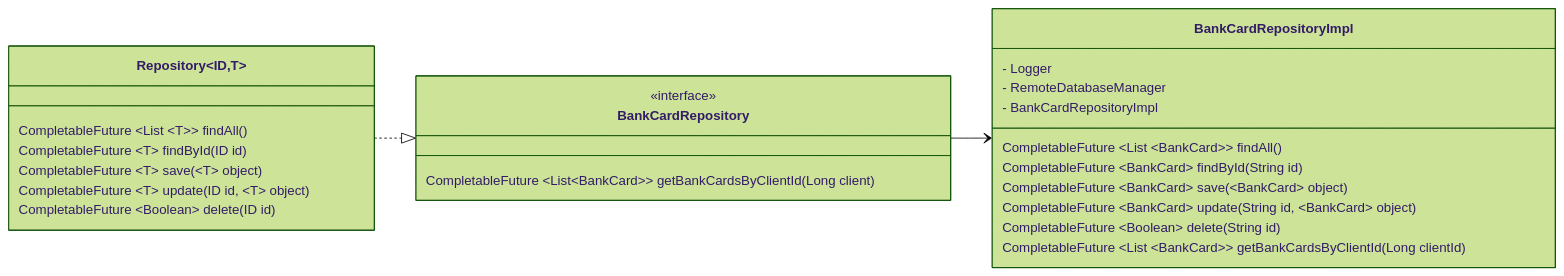
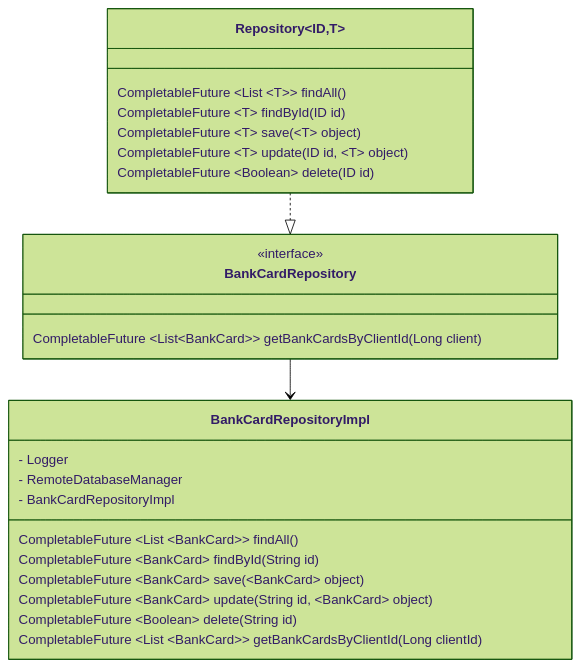
Before and after one commit to KevinSanchez5/ClientesBancos: the third of 6 diagrams in README.md, drawn with Mermaid (forest theme). The commit also changed other lines of this file, not shown here.

````diff
--- a/README.md
+++ b/README.md
@@ -181,36 +180,35 @@
 ```mermaid
 classDiagram
-    direction LR
     class Repository ~ID,T~ {
         CompletableFuture ~List ~T~~ findAll()
         CompletableFuture ~T~ findById(ID id)
         CompletableFuture ~T~ save(~T~ object)
         CompletableFuture ~T~ update(ID id, ~T~ object)
         CompletableFuture ~Boolean~ delete(ID id)
 
     }
 
     Repository ..|> BankCardRepository
 
     class BankCardRepository ~String, BankCard~  {
          <<interface>>
             CompletableFuture ~List~BankCard~~ getBankCardsByClientId(Long client)
 
     }
 
     BankCardRepository --> BankCardRepositoryImpl
 
     class BankCardRepositoryImpl ~String, BankCard~ {
         - Logger
         - RemoteDatabaseManager
         - BankCardRepositoryImpl
 
         CompletableFuture ~List ~BankCard~~ findAll()
         CompletableFuture ~BankCard~ findById(String id)
         CompletableFuture ~BankCard~ save(~BankCard~ object)
         CompletableFuture ~BankCard~ update(String id, ~BankCard~ object)
         CompletableFuture ~Boolean~ delete(String id)
         CompletableFuture ~List ~BankCard~~ getBankCardsByClientId(Long clientId)
     }
 
 ```
````
